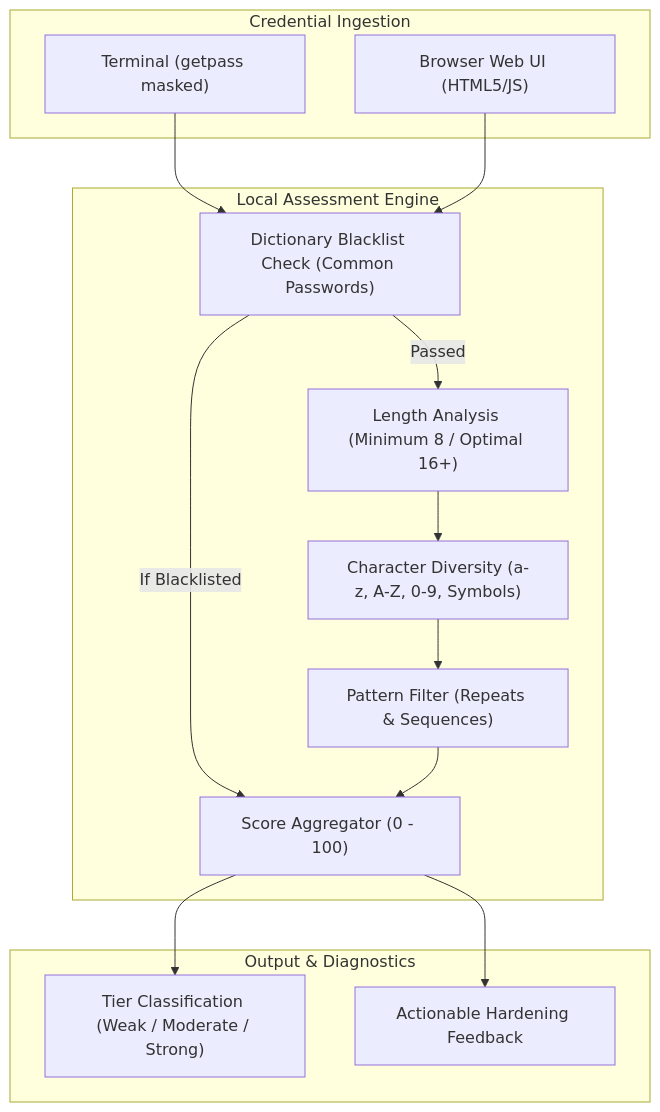
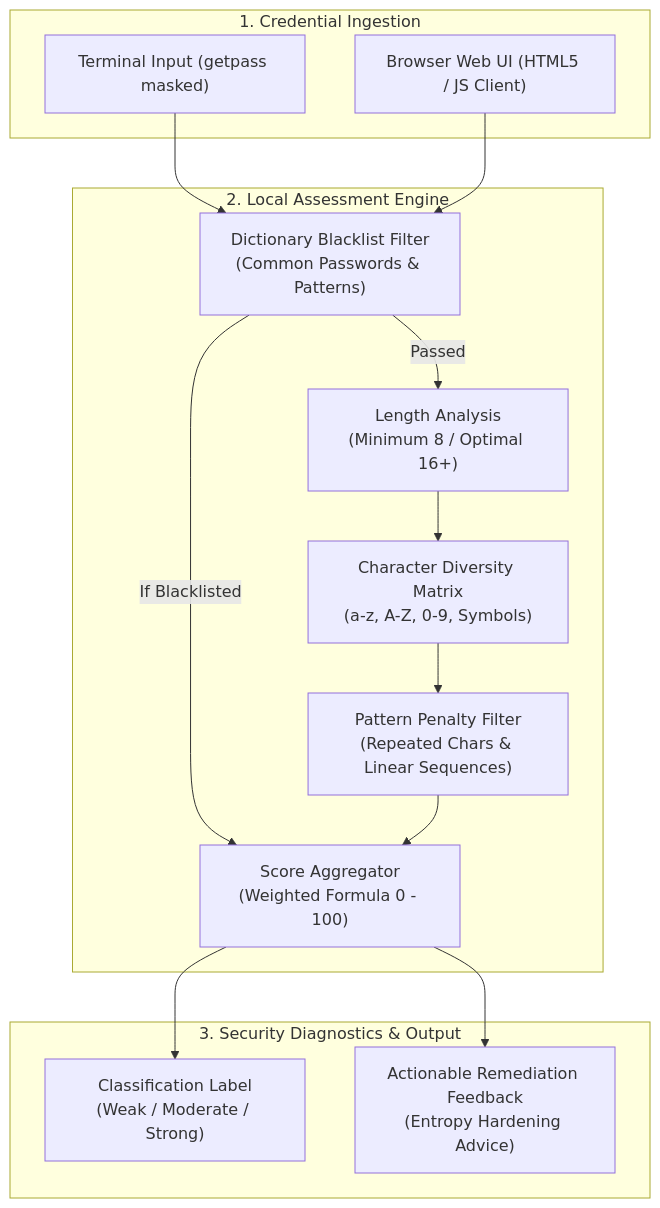
One commit to thenudasahas2008/Password-Strength-Checker changed the diagram in README.md. Above: the diagram before and after it, drawn with Mermaid. The commit also changed other lines of this file, not shown here.

Commit message:
docs: resolve mojibake encoding, refine architecture diagrams and fix direct links

````diff
--- a/README.md
+++ b/README.md
@@ -54,30 +57,30 @@
 ```mermaid
 flowchart TD
-    subgraph Input ["Credential Ingestion"]
-        CLI["Terminal (getpass masked)"]
-        WEB["Browser Web UI (HTML5/JS)"]
+    subgraph Ingestion ["1. Credential Ingestion"]
+        CLI["Terminal Input (getpass masked)"]
+        WEB["Browser Web UI (HTML5 / JS Client)"]
     end
 
-    subgraph HeuristicEngine ["Local Assessment Engine"]
-        BL["Dictionary Blacklist Check (Common Passwords)"]
-        LEN["Length Analysis (Minimum 8 / Optimal 16+)"]
-        DIV["Character Diversity (a-z, A-Z, 0-9, Symbols)"]
-        PAT["Pattern Filter (Repeats & Sequences)"]
-        CALC["Score Aggregator (0 - 100)"]
+    subgraph HeuristicEngine ["2. Local Assessment Engine"]
+        BL["Dictionary Blacklist Filter\n(Common Passwords & Patterns)"]
+        LEN["Length Analysis\n(Minimum 8 / Optimal 16+)"]
+        DIV["Character Diversity Matrix\n(a-z, A-Z, 0-9, Symbols)"]
+        PAT["Pattern Penalty Filter\n(Repeated Chars & Linear Sequences)"]
+        CALC["Score Aggregator\n(Weighted Formula 0 - 100)"]
     end
 
-    subgraph Result ["Output & Diagnostics"]
-        Label["Tier Classification (Weak / Moderate / Strong)"]
-        Advice["Actionable Hardening Feedback"]
+    subgraph Diagnostics ["3. Security Diagnostics & Output"]
+        Tier["Classification Label\n(Weak / Moderate / Strong)"]
+        Tips["Actionable Remediation Feedback\n(Entropy Hardening Advice)"]
     end
 
     CLI --> BL
     WEB --> BL
     BL -->|If Blacklisted| CALC
     BL -->|Passed| LEN
     LEN --> DIV
     DIV --> PAT
     PAT --> CALC
-    CALC --> Label
-    CALC --> Advice
+    CALC --> Tier
+    CALC --> Tips
 ```
````
